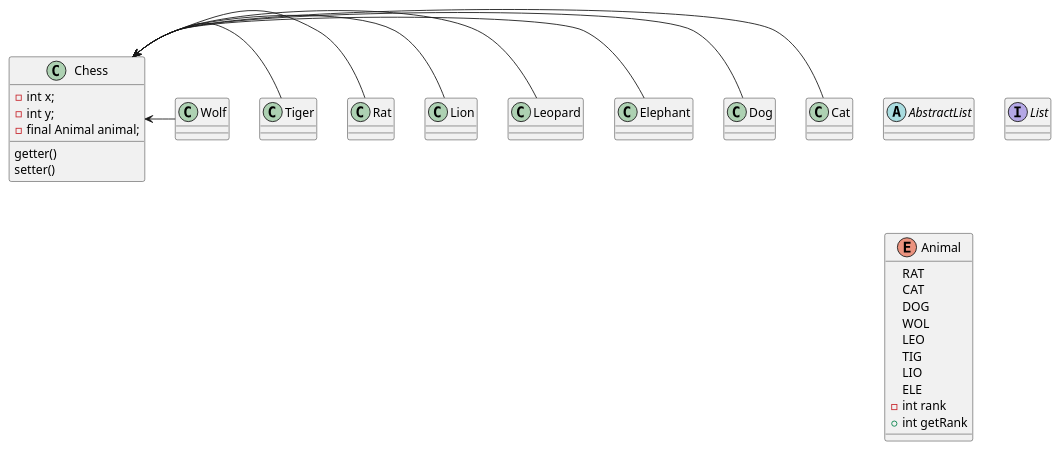
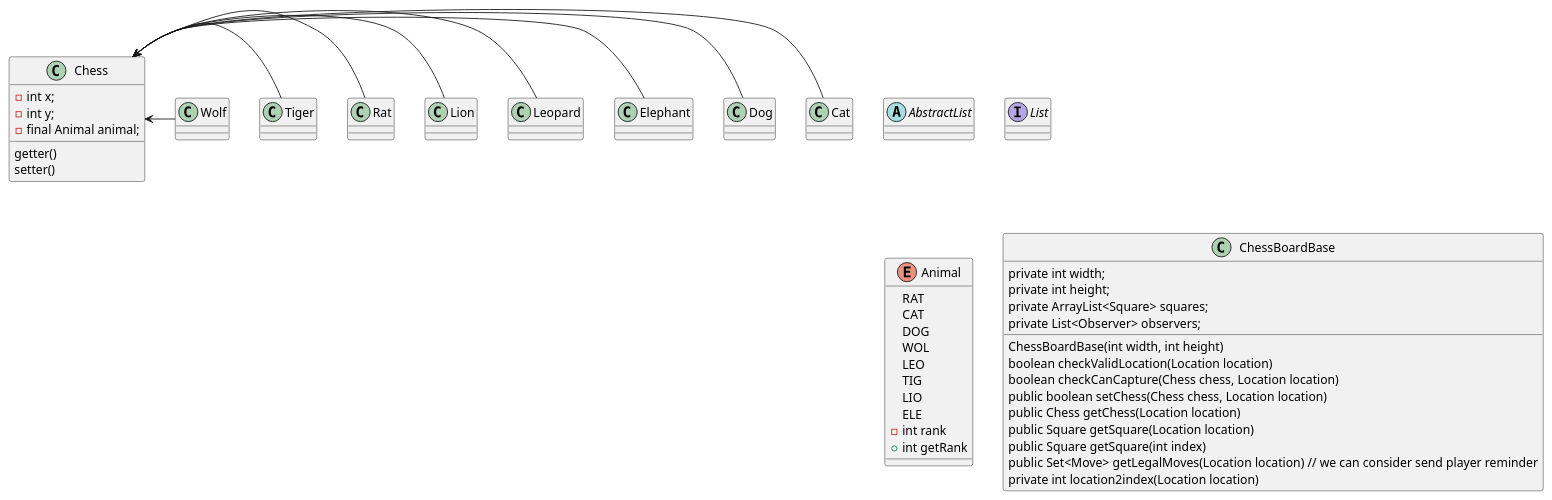
Before and after one commit to Edo-kawa/SE-Project: the diagram in target/classes/src/main/UML/1.puml, drawn with PlantUML. The commit also changed 43 other files, not shown here.

```diff
--- a/target/classes/src/main/UML/1.puml
+++ b/target/classes/src/main/UML/1.puml
@@ -1,54 +1,73 @@
 @startuml
 
 abstract class AbstractList
 interface List
 
 enum Animal{
 RAT
 CAT
 DOG
 WOL
 LEO
 TIG
 LIO
 ELE
 -int rank
 +int getRank
 }
 
 class Chess{
 - int x;
 - int y;
 - final Animal animal;
 
 getter()
 setter()
 }
 
+
+
 class Cat{
 }
 class Dog{
 }
 class Elephant{
 }
 class Leopard{
 }
 class Lion{
 }
 class Rat{
 }
 class Tiger{
 }
 class Wolf{
 }
 
 Chess <- Cat
 Chess <- Dog
 Chess <- Elephant
 Chess <- Leopard
 Chess <- Lion
 Chess <- Rat
 Chess <- Tiger
 Chess <- Wolf
 
+
+class ChessBoardBase{
+private int width;
+private int height;
+private ArrayList<Square> squares;
+private List<Observer> observers;
+
+ChessBoardBase(int width, int height)
+boolean checkValidLocation(Location location)
+boolean checkCanCapture(Chess chess, Location location)
+public boolean setChess(Chess chess, Location location)
+public Chess getChess(Location location)
+public Square getSquare(Location location)
+public Square getSquare(int index)
+public Set<Move> getLegalMoves(Location location) // we can consider send player reminder
+private int location2index(Location location)
+}
 @enduml
```
